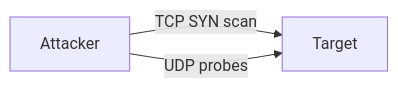
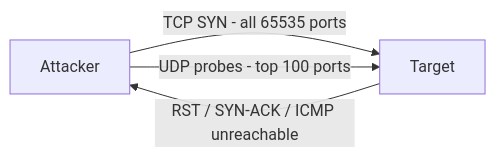
One commit to Marc-Chamorro/virtual-network-threat-detection changed the diagram in docs/scripts/attacks/port_scanning.md. Above: the diagram before and after it, drawn with Mermaid. The commit also changed other lines of this file and 26 other files, not shown here.

````diff
--- a/docs/scripts/attacks/port_scanning.md
+++ b/docs/scripts/attacks/port_scanning.md
@@ -78,5 +71,6 @@
 ```mermaid
 flowchart LR
-    Attacker -->|TCP SYN scan| Target
-    Attacker -->|UDP probes| Target
+    A[Attacker] -->|TCP SYN - all 65535 ports| T[Target]
+    A -->|UDP probes - top 100 ports| T
+    T -->|RST / SYN-ACK / ICMP unreachable| A
 ```
````
